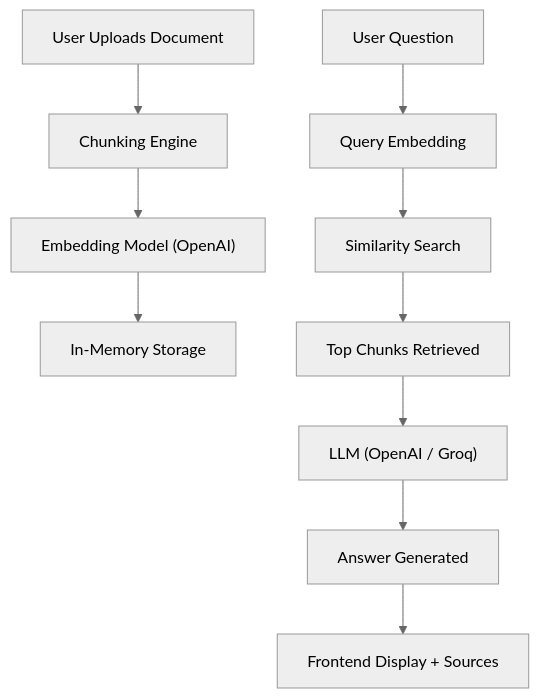
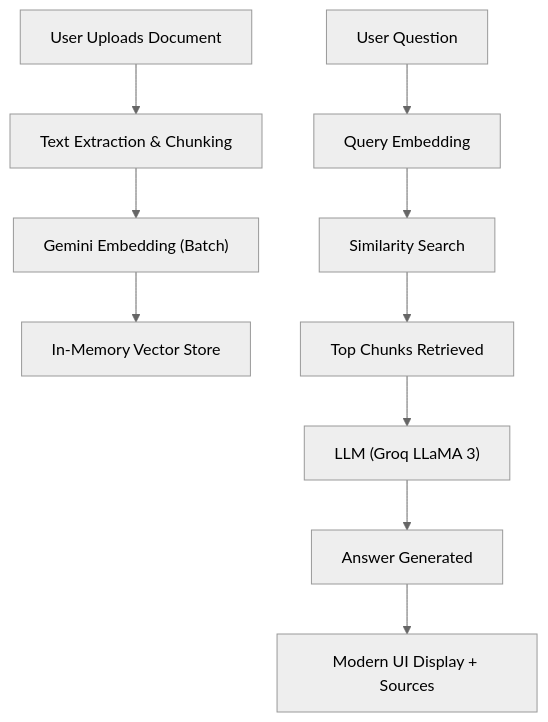
One commit to Aftab0904/Q-and-A-Bot changed the diagram in README.md. Above: the diagram before and after it, drawn with Mermaid (neutral theme). The commit also changed other lines of this file and 10 other files, not shown here.

Commit message:
Enhance project with PDF support, Batch Gemini Embeddings, and Modern UI

````diff
--- a/README.md
+++ b/README.md
@@ -57,16 +56,16 @@
 ```mermaid
 flowchart TD
 
-    A[User Uploads Document] --> B[Chunking Engine]
-    B --> C["Embedding Model (OpenAI)"]
-    C --> D[In-Memory Storage]
+    A[User Uploads Document] --> B[Text Extraction & Chunking]
+    B --> C["Gemini Embedding (Batch)"]
+    C --> D[In-Memory Vector Store]
 
     E[User Question] --> F[Query Embedding]
     F --> G[Similarity Search]
     G --> H[Top Chunks Retrieved]
 
-    H --> I["LLM (OpenAI / Groq)"]
+    H --> I["LLM (Groq LLaMA 3)"]
     I --> J[Answer Generated]
 
-    J --> K[Frontend Display + Sources]
+    J --> K[Modern UI Display + Sources]
 ```
````
